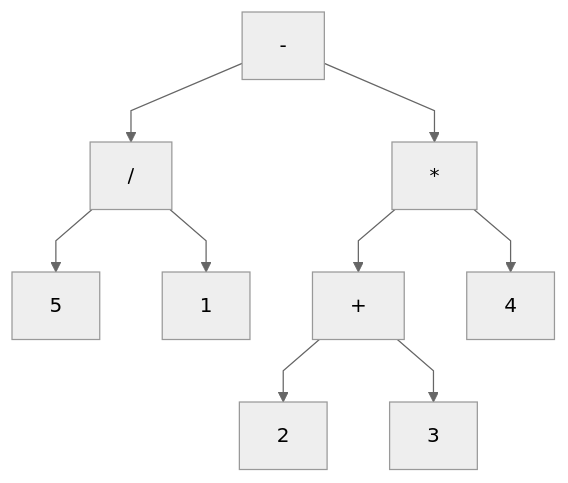
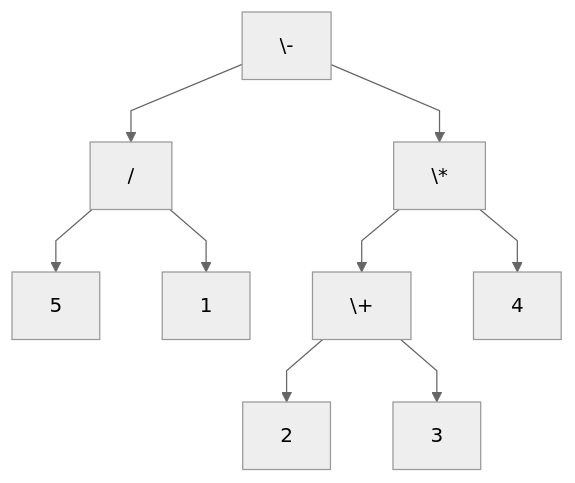
Before and after one commit to blackbat13/edu-cs-htiew-pl: the first of 2 diagrams in docs/matura-z-informatyki/przygotowanie/algorithmic/simulations/arithmetic-tree/README.md, drawn with Mermaid. The commit also changed other lines of this file, not shown here.

````diff
--- a/docs/matura-z-informatyki/przygotowanie/algorithmic/simulations/arithmetic-tree/README.md
+++ b/docs/matura-z-informatyki/przygotowanie/algorithmic/simulations/arithmetic-tree/README.md
@@ -16,12 +16,12 @@
 ```mermaid
 %%{init: {"flowchart": {"curve": "linear"}, "theme": "neutral"} }%%
 flowchart TD
-    op1["-"] --> op2["*"]
+    op1["\-"] --> op2["\*"]
     op1 --> op3["/"]
     op3 --> n1["5"]
     op3 --> n2["1"]
-    op2 --> op4["+"]
+    op2 --> op4["\+"]
     op4 --> n3["2"]
     op4 --> n4["3"]
     op2 --> n5["4"]
 ```
````
